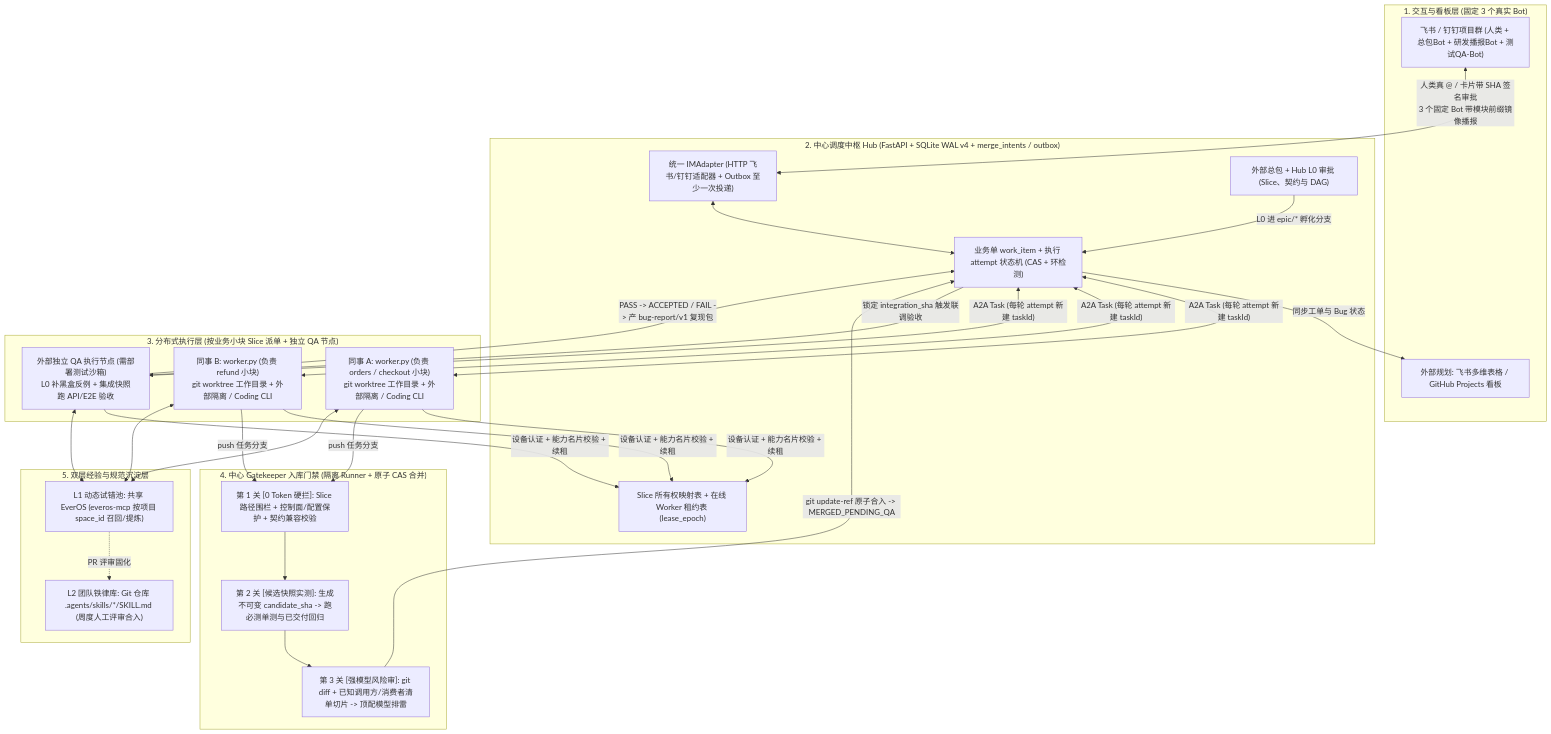
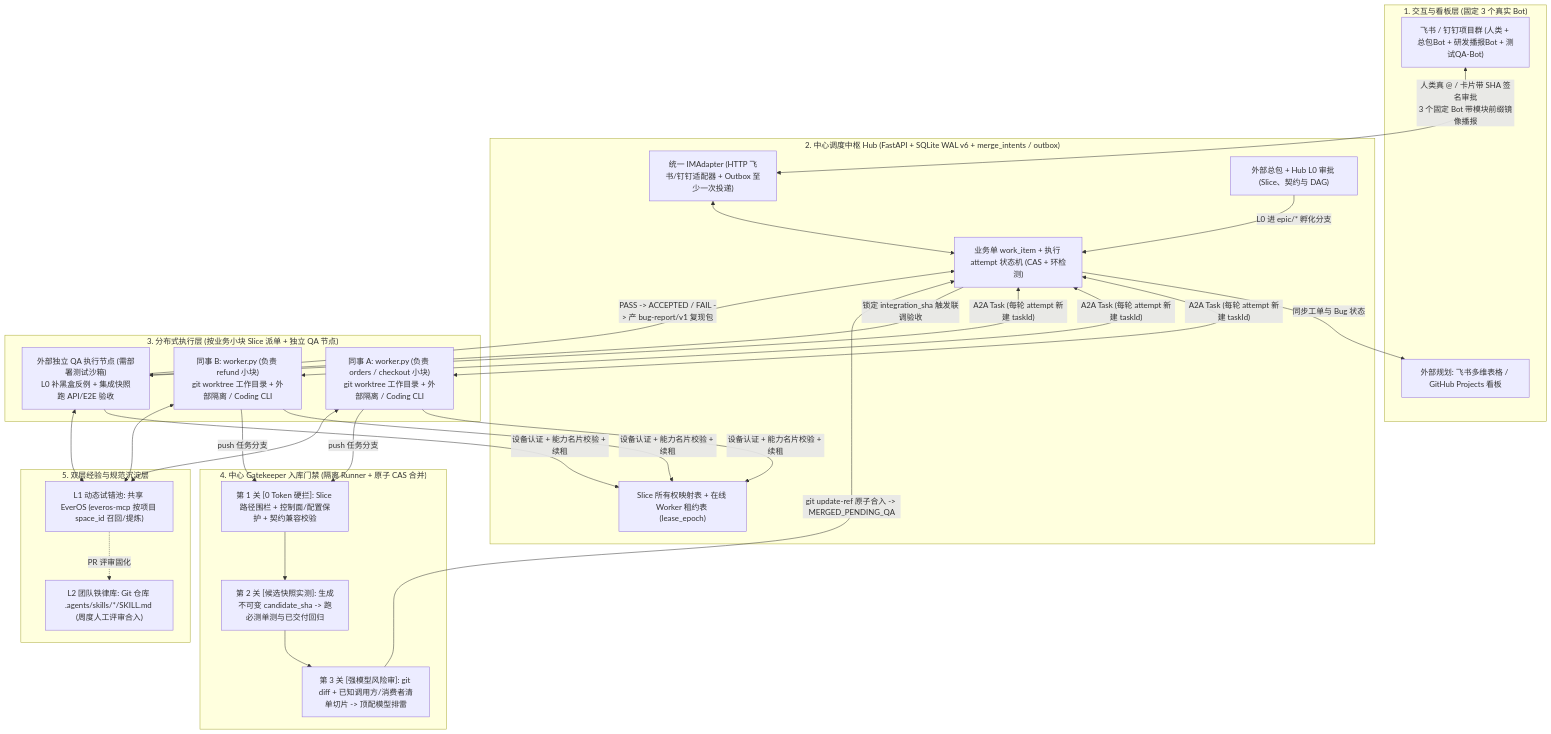
One commit to icaikun/a2a-slice-hub changed the first of 2 diagrams in docs/architecture_blueprint.md. Above: the diagram before and after it, drawn with Mermaid. The commit also changed other lines of this file and 35 other files, not shown here.

````diff
--- a/docs/architecture_blueprint.md
+++ b/docs/architecture_blueprint.md
@@ -29,45 +29,45 @@
 ```mermaid
 flowchart TB
     subgraph L1["1. 交互与看板层 (固定 3 个真实 Bot)"]
         IM["飞书 / 钉钉项目群 (人类 + 总包Bot + 研发播报Bot + 测试QA-Bot)"]
         KB["外部规划: 飞书多维表格 / GitHub Projects 看板"]
     end
 
-    subgraph L2["2. 中心调度中枢 Hub (FastAPI + SQLite WAL v4 + merge_intents / outbox)"]
+    subgraph L2["2. 中心调度中枢 Hub (FastAPI + SQLite WAL v6 + merge_intents / outbox)"]
         BR["统一 IMAdapter (HTTP 飞书/钉钉适配器 + Outbox 至少一次投递)"]
         ARCH["外部总包 + Hub L0 审批 (Slice、契约与 DAG)"]
         DAG["业务单 work_item + 执行 attempt 状态机 (CAS + 环检测)"]
         REG["Slice 所有权映射表 + 在线 Worker 租约表 (lease_epoch)"]
     end
 
     subgraph L3["3. 分布式执行层 (按业务小块 Slice 派单 + 独立 QA 节点)"]
         WA["同事 A: worker.py (负责 orders / checkout 小块)\ngit worktree 工作目录 + 外部隔离 / Coding CLI"]
         WB["同事 B: worker.py (负责 refund 小块)\ngit worktree 工作目录 + 外部隔离 / Coding CLI"]
         WQA["外部独立 QA 执行节点 (需部署测试沙箱)\nL0 补黑盒反例 + 集成快照跑 API/E2E 验收"]
     end
 
     subgraph L4["4. 中心 Gatekeeper 入库门禁 (隔离 Runner + 原子 CAS 合并)"]
         G1["第 1 关 [0 Token 硬拦]: Slice 路径围栏 + 控制面/配置保护 + 契约兼容校验"]
         G2["第 2 关 [候选快照实测]: 生成不可变 candidate_sha -> 跑必测单测与已交付回归"]
         G3["第 3 关 [强模型风险审]: git diff + 已知调用方/消费者清单切片 -> 顶配模型排雷"]
     end
 
     subgraph L5["5. 双层经验与规范沉淀层"]
         M1["L1 动态试错池: 共享 EverOS (everos-mcp 按项目 space_id 召回/提炼)"]
         M2["L2 团队铁律库: Git 仓库 .agents/skills/*/SKILL.md (周度人工评审合入)"]
     end
 
     IM <-->|"人类真 @ / 卡片带 SHA 签名审批\n3 个固定 Bot 带模块前缀镜像播报"| BR
     BR <--> DAG
     DAG -->|"同步工单与 Bug 状态"| KB
     ARCH -->|"L0 进 epic/* 孵化分支"| DAG
     WA & WB & WQA -->|"设备认证 + 能力名片校验 + 续租"| REG
     DAG <-->|"A2A Task (每轮 attempt 新建 taskId)"| WA & WB & WQA
     WA & WB -->|"push 任务分支"| G1
     G1 --> G2 --> G3
     G3 -->|"git update-ref 原子合入 -> MERGED_PENDING_QA"| DAG
     DAG -->|"锁定 integration_sha 触发联调验收"| WQA
     WQA -->|"PASS -> ACCEPTED / FAIL -> 产 bug-report/v1 复现包"| DAG
     WA & WB & WQA <--> M1
     M1 -.->|"PR 评审固化"| M2
 ```
````
